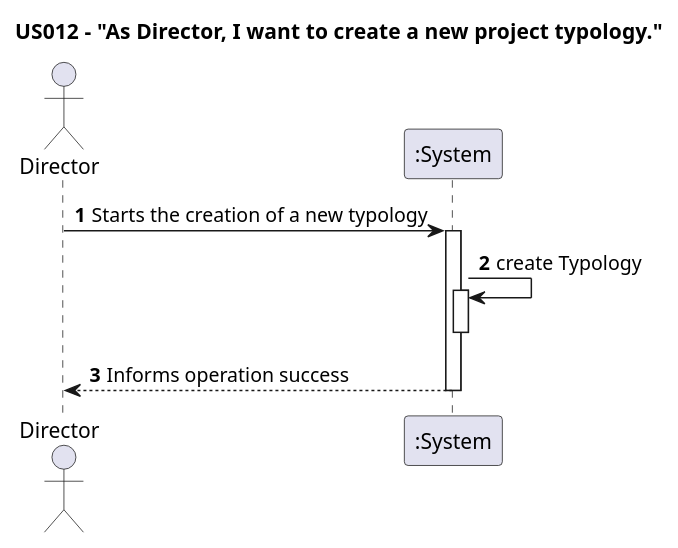
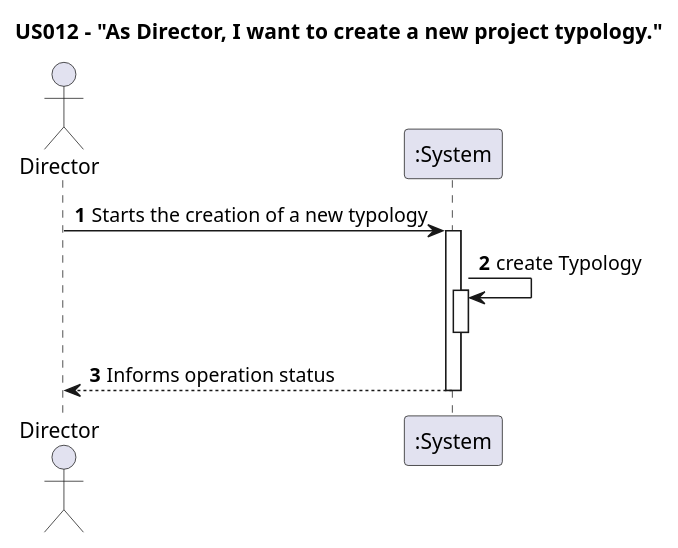
Before and after one commit to nunogon1211787/projectManagement: the diagram in docs/Sprint1/US012/US012-SSD.puml, drawn with PlantUML. The commit also changed 7 other files, not shown here.

Commit message:
US012: Refactoring: Refactoring Typology Controller.   - Refactoring Tests; (resolve #179)   - Implementing CRUD; (resolve #177)   - Implementing Factory Interfaces; (resolve #178)   - Refactoring Diagrams. (resolve #180)

```diff
--- a/docs/Sprint1/US012/US012-SSD.puml
+++ b/docs/Sprint1/US012/US012-SSD.puml
@@ -1,16 +1,16 @@
 @startuml
 
 title US012 - "As Director, I want to create a new project typology."
 
 autoactivate on
 autonumber
 
 actor "Director" as Director
 participant ":System" as System
 
 Director -> System: Starts the creation of a new typology
 System -> System: create Typology
 deactivate
-return Informs operation success
+return Informs operation status
 
 @enduml
```
